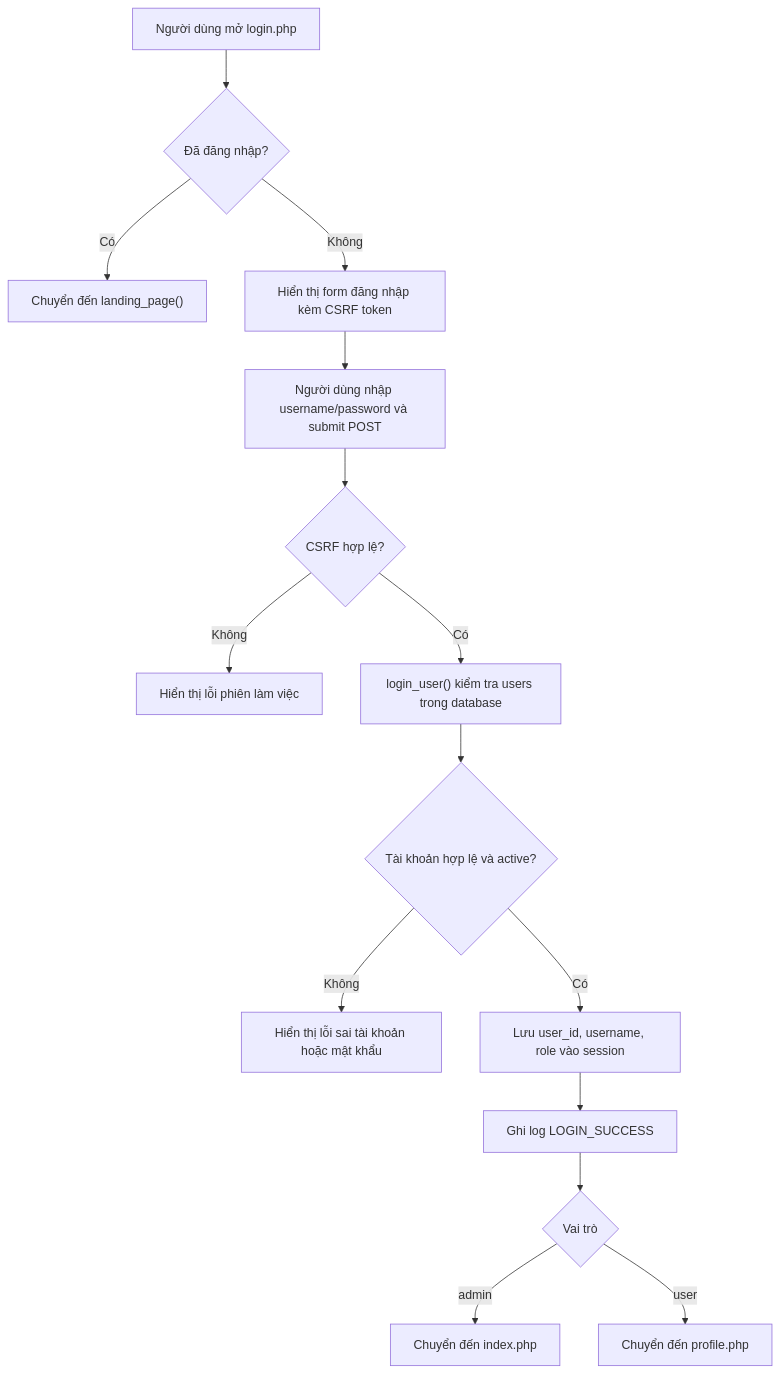
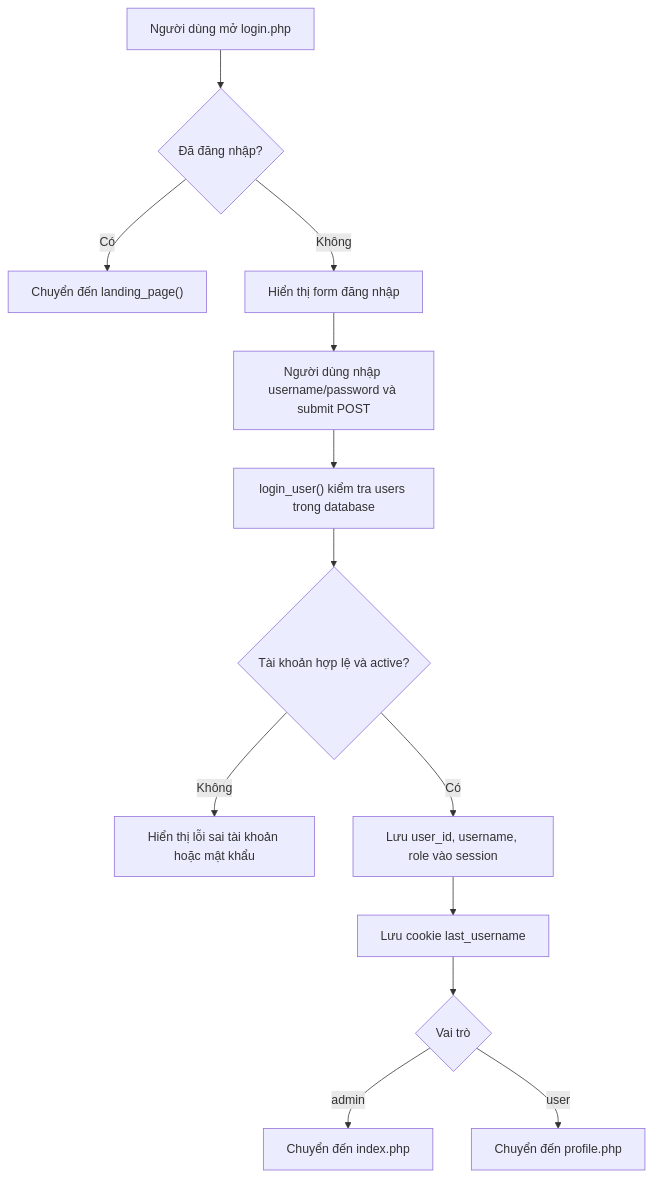
Before and after one commit to quynx19/web-demo-student: the first of 5 diagrams in docs/WORKFLOW.md, drawn with Mermaid. The commit also changed other lines of this file and 12 other files, not shown here.

````diff
--- a/docs/WORKFLOW.md
+++ b/docs/WORKFLOW.md
@@ -14,17 +13,15 @@
 ```mermaid
 flowchart TD
     A["Người dùng mở login.php"] --> B{"Đã đăng nhập?"}
     B -- "Có" --> C["Chuyển đến landing_page()"]
-    B -- "Không" --> D["Hiển thị form đăng nhập kèm CSRF token"]
+    B -- "Không" --> D["Hiển thị form đăng nhập"]
     D --> E["Người dùng nhập username/password và submit POST"]
-    E --> F{"CSRF hợp lệ?"}
-    F -- "Không" --> G["Hiển thị lỗi phiên làm việc"]
-    F -- "Có" --> H["login_user() kiểm tra users trong database"]
-    H --> I{"Tài khoản hợp lệ và active?"}
-    I -- "Không" --> J["Hiển thị lỗi sai tài khoản hoặc mật khẩu"]
-    I -- "Có" --> K["Lưu user_id, username, role vào session"]
-    K --> L["Ghi log LOGIN_SUCCESS"]
-    L --> M{"Vai trò"}
-    M -- "admin" --> N["Chuyển đến index.php"]
-    M -- "user" --> O["Chuyển đến profile.php"]
+    E --> F["login_user() kiểm tra users trong database"]
+    F --> G{"Tài khoản hợp lệ và active?"}
+    G -- "Không" --> H["Hiển thị lỗi sai tài khoản hoặc mật khẩu"]
+    G -- "Có" --> I["Lưu user_id, username, role vào session"]
+    I --> J["Lưu cookie last_username"]
+    J --> K{"Vai trò"}
+    K -- "admin" --> L["Chuyển đến index.php"]
+    K -- "user" --> M["Chuyển đến profile.php"]
 ```
````
